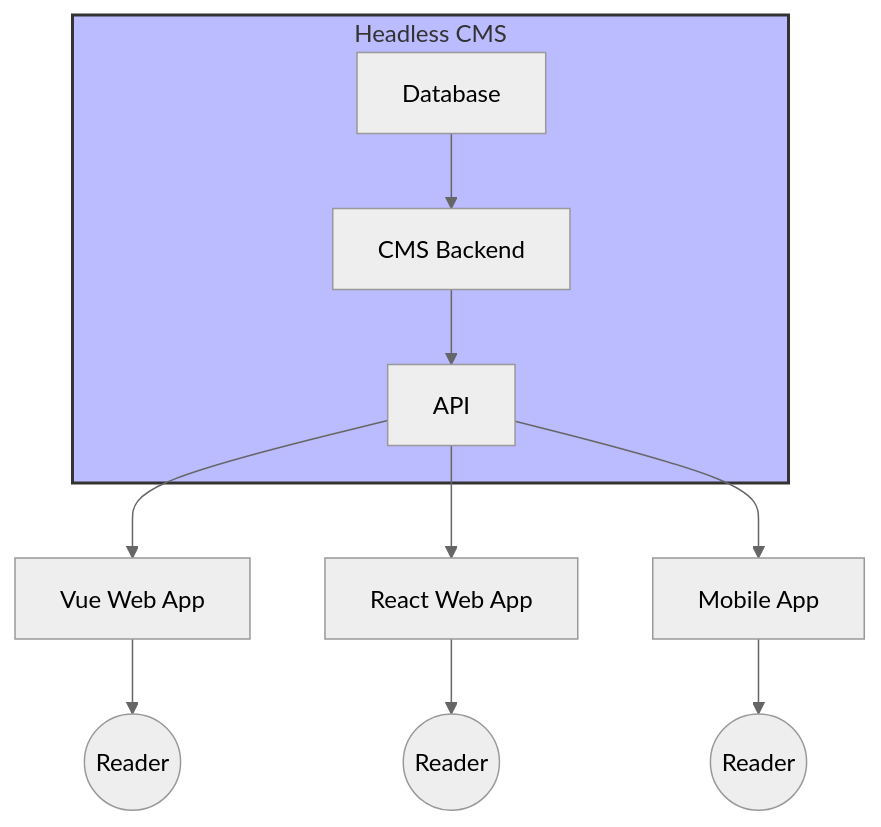
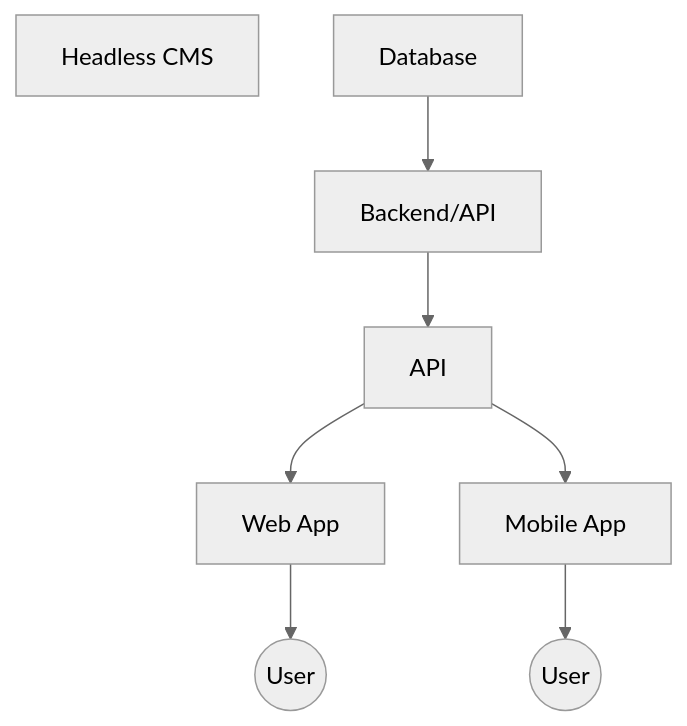
One commit to this-oliver/headless-cms changed the second of 2 diagrams in README.md. Above: the diagram before and after it, drawn with Mermaid (neutral theme). The commit also changed other lines of this file, not shown here.

````diff
--- a/README.md
+++ b/README.md
@@ -103,12 +73,10 @@
 ```mermaid
 flowchart TD
-    subgraph HC["Headless CMS"]
-        style HC fill:#bbf,stroke:#333,stroke-width:2px
-        DB[Database]
-        CMS[CMS Backend]
-        DB --> CMS --> API[API]
-    end
-        API --> Web[Vue Web App] --> Reader2((Reader))
-        API --> Web2[React Web App] --> Reader3((Reader))
-        API --> Mobile[Mobile App] --> Reader4((Reader))
+    HC[Headless CMS]
+    DB2[Database] --> CMS2[Backend/API]
+    CMS2 --> API[API]
+    API --> Web[Web App]
+    API --> Mobile[Mobile App]
+    Web --> User2((User))
+    Mobile --> User3((User))
 ```
````
